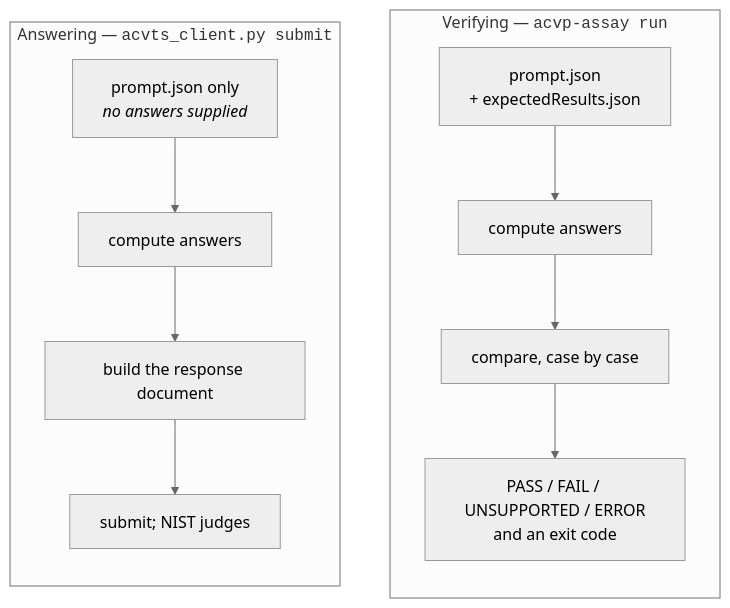
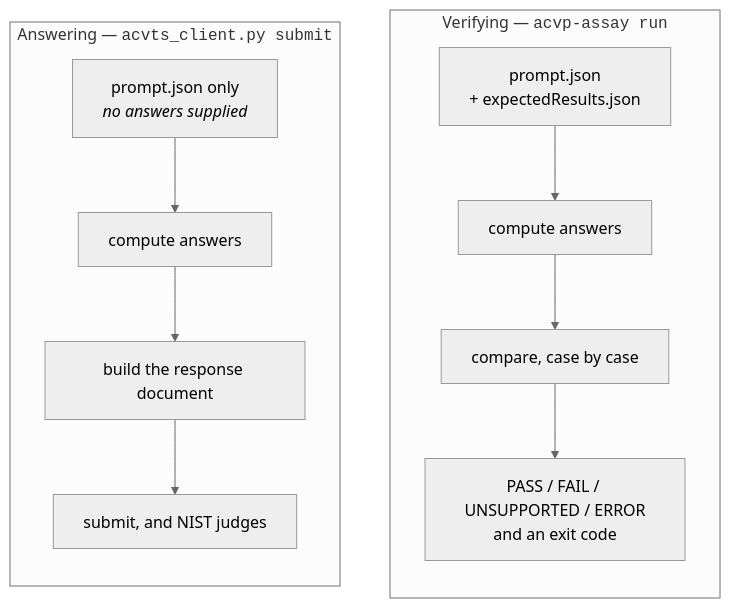
The second of 9 diagrams in docs/design.md (Govardhan527/acvp-assay), drawn with Mermaid (neutral theme) before and after one commit. The commit also changed other lines of this file and 1 other file, not shown here.

First line of the commit message:
Fix a Mermaid parse error, and make the checks that missed it permanent

````diff
--- a/docs/design.md
+++ b/docs/design.md
@@ -58,16 +58,16 @@
 ```mermaid
 flowchart TB
     subgraph verify["Verifying — <code>acvp-assay run</code>"]
         direction TB
         v1["prompt.json<br/>+ expectedResults.json"] --> v2["compute answers"]
         v2 --> v3["compare, case by case"]
         v3 --> v4["PASS / FAIL / UNSUPPORTED / ERROR<br/>and an exit code"]
     end
 
     subgraph answer["Answering — <code>acvts_client.py submit</code>"]
         direction TB
         a1["prompt.json only<br/><i>no answers supplied</i>"] --> a2["compute answers"]
         a2 --> a3["build the response document"]
-        a3 --> a4["submit; NIST judges"]
+        a3 --> a4["submit, and NIST judges"]
     end
 ```
````
